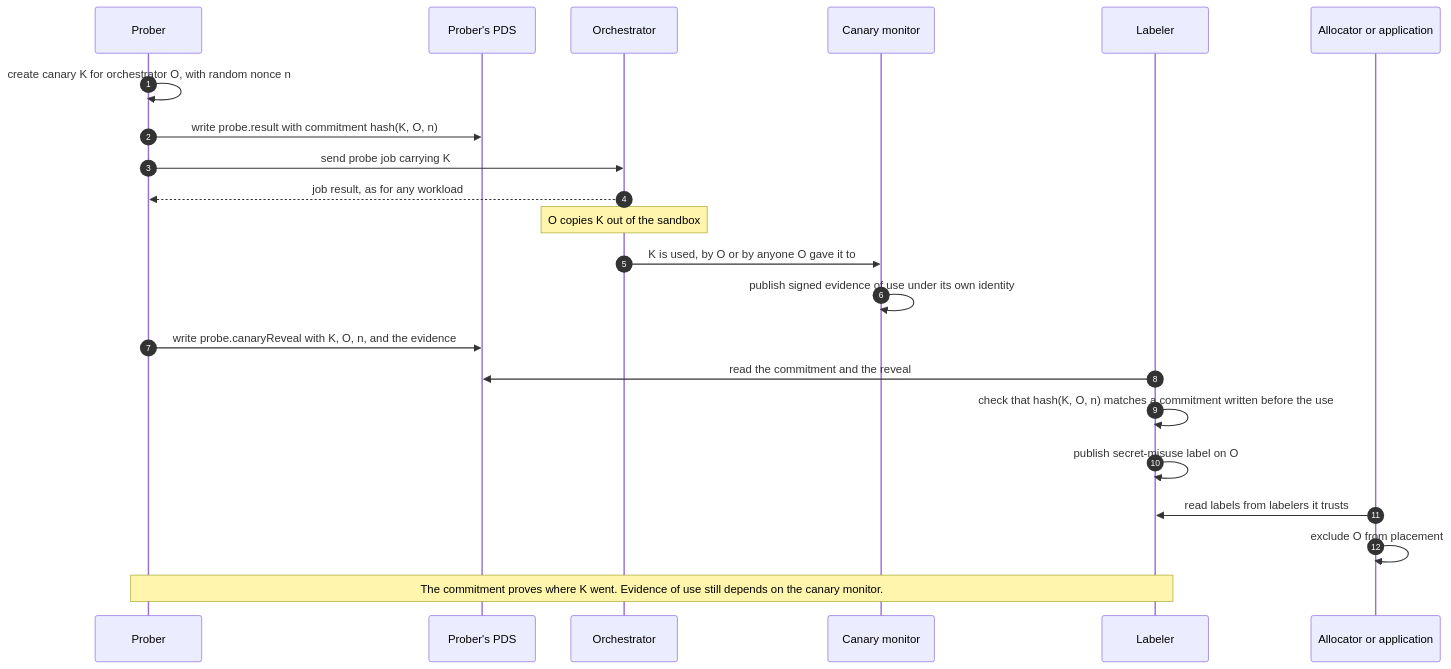
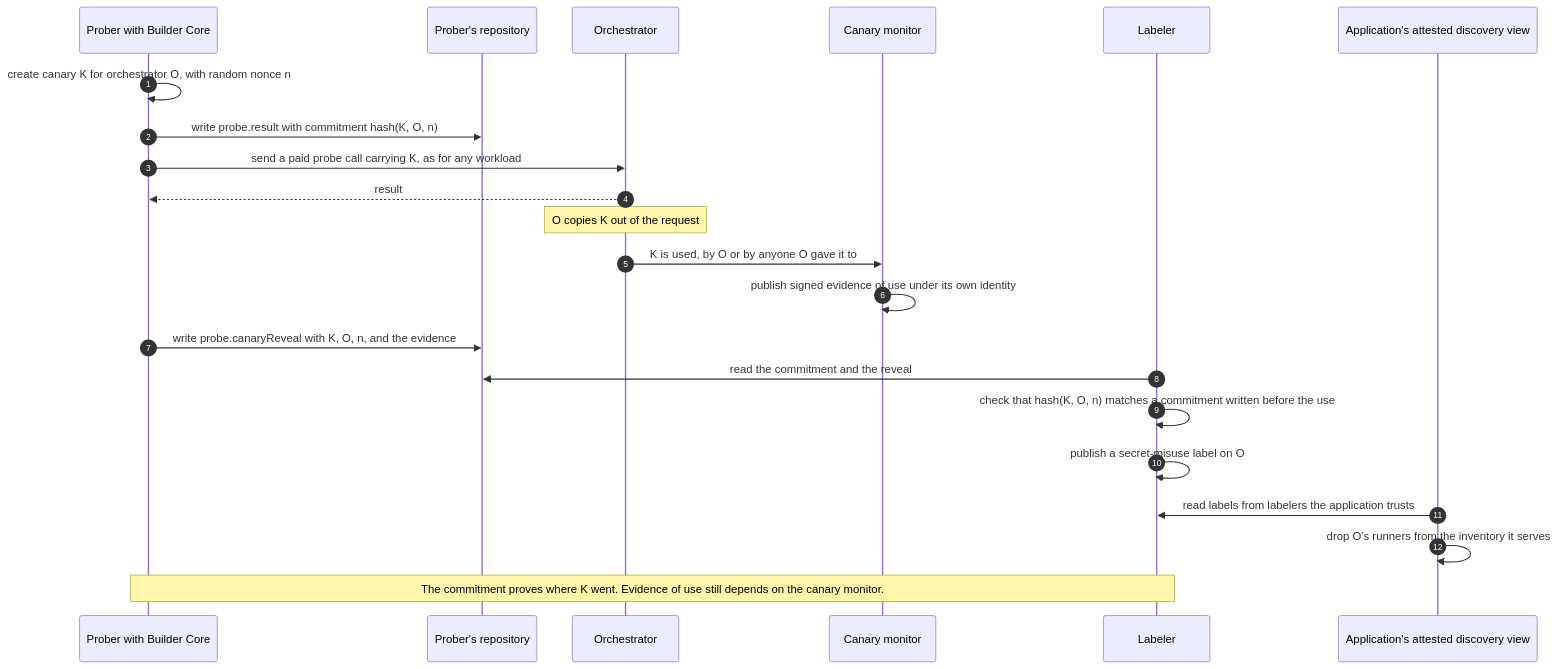
Before and after one commit to Cloud-SPE/Livepeer-AT-Protocol: the eighth of 8 diagrams in appendix-d-sequence-diagrams.md, drawn with Mermaid. The commit also changed other lines of this file and 6 other files, not shown here.

````diff
--- a/appendix-d-sequence-diagrams.md
+++ b/appendix-d-sequence-diagrams.md
@@ -247,25 +302,25 @@
 ```mermaid
 sequenceDiagram
   autonumber
-  participant Pr as Prober
-  participant PP as Prober's PDS
+  participant Pr as Prober with Builder Core
+  participant PP as Prober's repository
   participant O as Orchestrator
   participant CM as Canary monitor
   participant Lab as Labeler
-  participant A as Allocator or application
+  participant V as Application's attested discovery view
 
   Pr->>Pr: create canary K for orchestrator O, with random nonce n
   Pr->>PP: write probe.result with commitment hash(K, O, n)
-  Pr->>O: send probe job carrying K
-  O-->>Pr: job result, as for any workload
-  Note over O: O copies K out of the sandbox
+  Pr->>O: send a paid probe call carrying K, as for any workload
+  O-->>Pr: result
+  Note over O: O copies K out of the request
   O->>CM: K is used, by O or by anyone O gave it to
   CM->>CM: publish signed evidence of use under its own identity
   Pr->>PP: write probe.canaryReveal with K, O, n, and the evidence
   Lab->>PP: read the commitment and the reveal
   Lab->>Lab: check that hash(K, O, n) matches a commitment written before the use
-  Lab->>Lab: publish secret-misuse label on O
-  A->>Lab: read labels from labelers it trusts
-  A->>A: exclude O from placement
+  Lab->>Lab: publish a secret-misuse label on O
+  V->>Lab: read labels from labelers the application trusts
+  V->>V: drop O's runners from the inventory it serves
   Note over Pr,Lab: The commitment proves where K went. Evidence of use still depends on the canary monitor.
 ```
````
